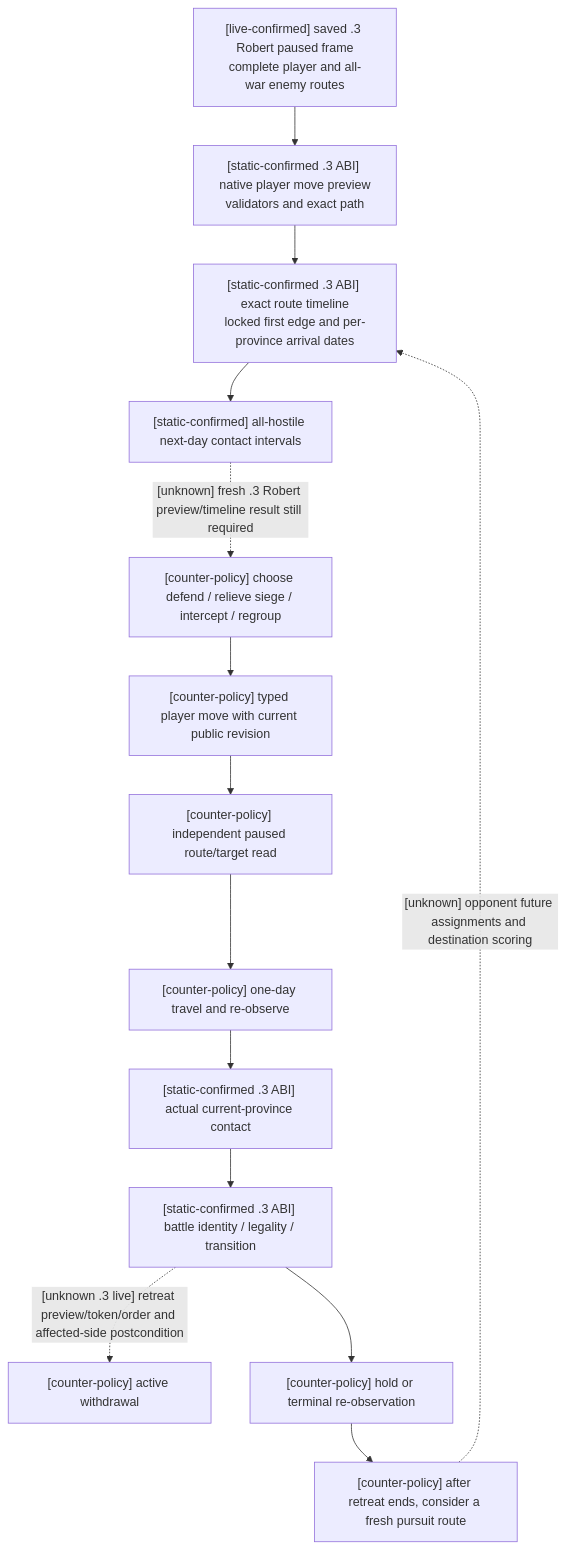
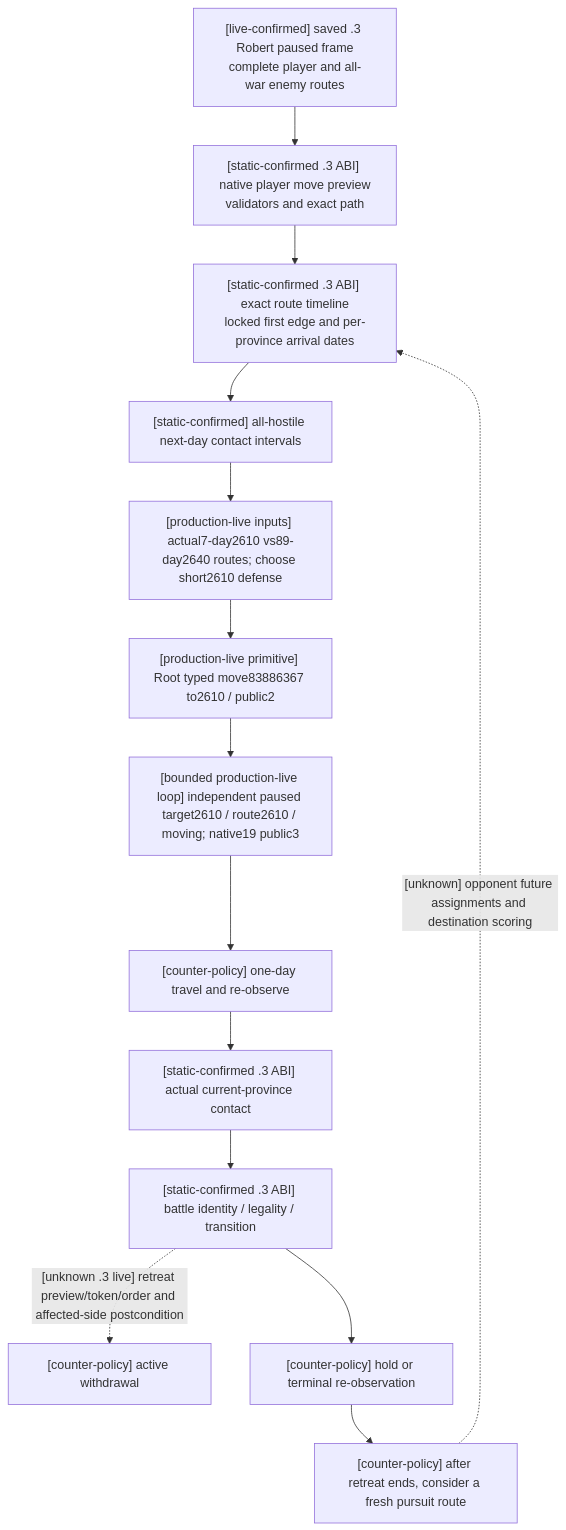
One commit to XenoAmess/ck3_eternal_recurrence changed the diagram in docs/ck3-native-ai/war-movement-1.20.0.3-readiness-2026-10-03.md. Above: the diagram before and after it, drawn with Mermaid. The commit also changed other lines of this file and 19 other files, not shown here.

````diff
--- a/docs/ck3-native-ai/war-movement-1.20.0.3-readiness-2026-10-03.md
+++ b/docs/ck3-native-ai/war-movement-1.20.0.3-readiness-2026-10-03.md
@@ -34,16 +34,16 @@
 ```mermaid
 flowchart TD
     F["[live-confirmed] saved .3 Robert paused frame<br/>complete player and all-war enemy routes"] --> P["[static-confirmed .3 ABI] native player move preview<br/>validators and exact path"]
     P --> T["[static-confirmed .3 ABI] exact route timeline<br/>locked first edge and per-province arrival dates"]
     T --> H["[static-confirmed] all-hostile next-day contact intervals"]
-    H -. "[unknown] fresh .3 Robert preview/timeline result still required" .-> D["[counter-policy] choose defend / relieve siege / intercept / regroup"]
-    D --> M["[counter-policy] typed player move with current public revision"]
-    M --> R["[counter-policy] independent paused route/target read"]
+    H --> D["[production-live inputs] actual7-day2610 vs89-day2640 routes; choose short2610 defense"]
+    D --> M["[production-live primitive] Root typed move83886367 to2610 / public2"]
+    M --> R["[bounded production-live loop] independent paused target2610 / route2610 / moving; native19 public3"]
     R --> A["[counter-policy] one-day travel and re-observe"]
     A --> C["[static-confirmed .3 ABI] actual current-province contact"]
     C --> B["[static-confirmed .3 ABI] battle identity / legality / transition"]
     B -. "[unknown .3 live] retreat preview/token/order and affected-side postcondition" .-> W["[counter-policy] active withdrawal"]
     B --> Q["[counter-policy] hold or terminal re-observation"]
     Q --> E["[counter-policy] after retreat ends, consider a fresh pursuit route"]
     E -. "[unknown] opponent future assignments and destination scoring" .-> T
 ```
````
